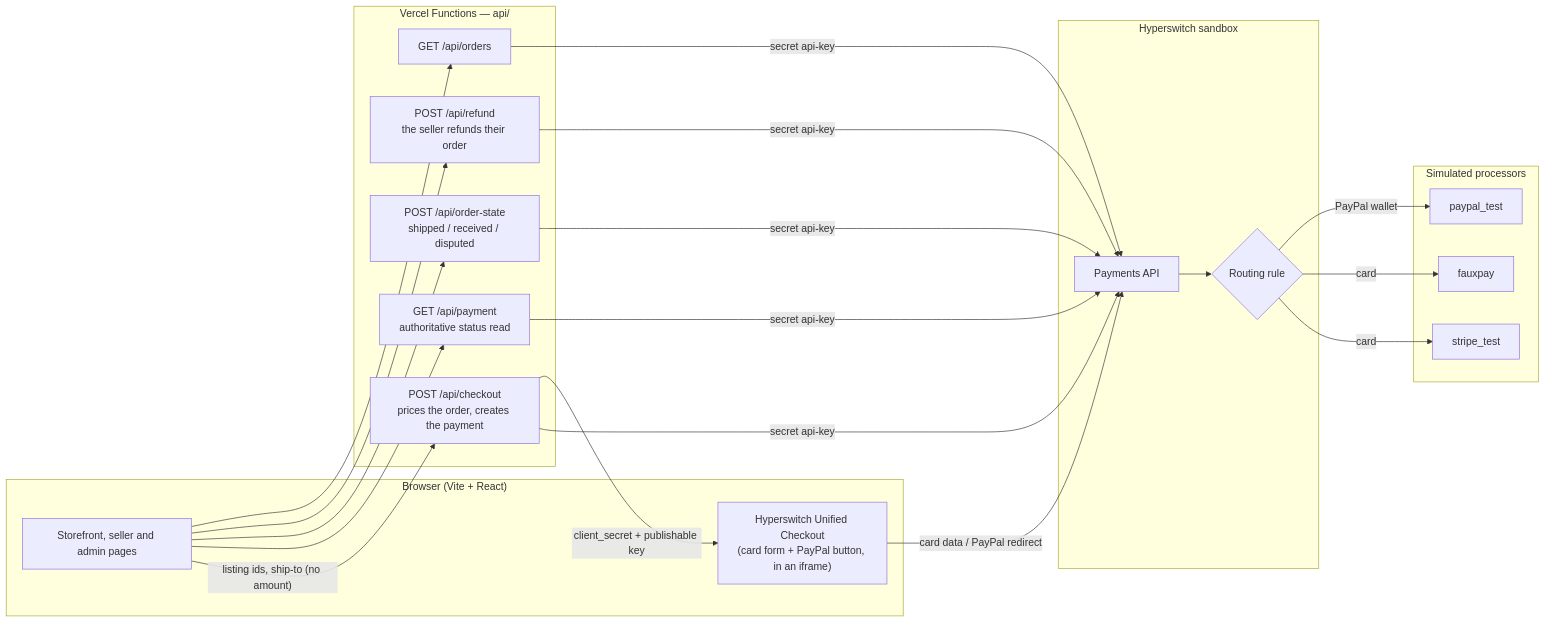
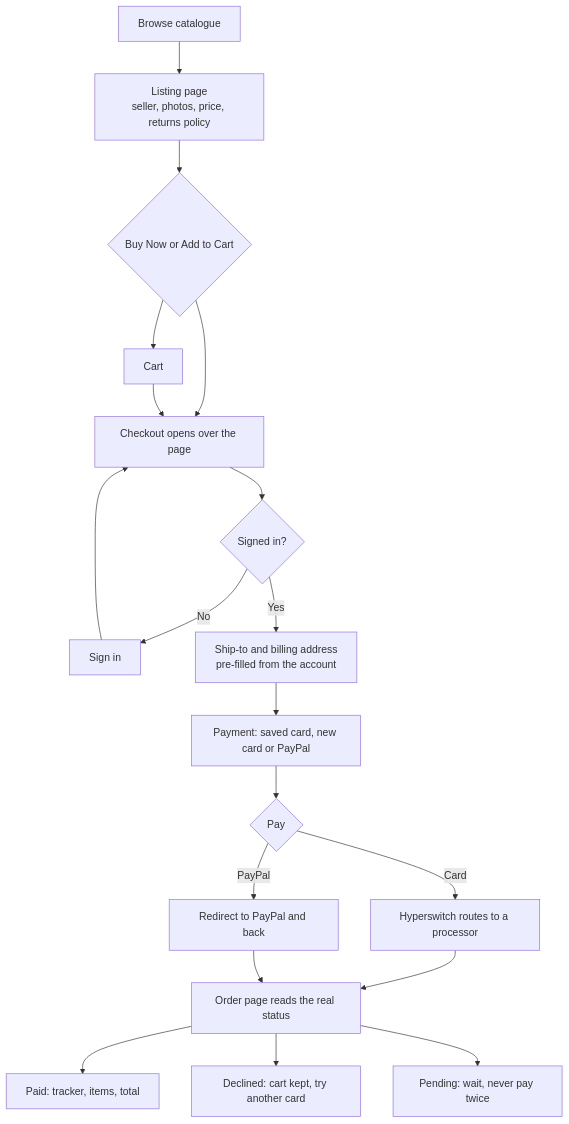
Before and after one commit to jamespotash0/juspay-prototype: the second of 8 diagrams in README.md, drawn with Mermaid. The commit also changed other lines of this file, not shown here.

Commit message:
README: product-first rewrite with flow diagrams, Hyperswitch setup and routing, outcomes, edge cases and out of scope

````diff
--- a/README.md
+++ b/README.md
@@ -63,36 +93,20 @@
 ```mermaid
-flowchart LR
-  subgraph Browser["Browser (Vite + React)"]
-    UI["Storefront, seller and admin pages"]
-    SDK["Hyperswitch Unified Checkout<br/>(card form + PayPal button, in an iframe)"]
-  end
-
-  subgraph Vercel["Vercel Functions — api/"]
-    CO["POST /api/checkout<br/>prices the order, creates the payment"]
-    PAY["GET /api/payment<br/>authoritative status read"]
-    OS["POST /api/order-state<br/>shipped / received / disputed"]
-    REF["POST /api/refund<br/>the seller refunds their order"]
-    ORD["GET /api/orders"]
-  end
-
-  subgraph HS["Hyperswitch sandbox"]
-    API["Payments API"]
-    RT{"Routing rule"}
-  end
-
-  subgraph Proc["Simulated processors"]
-    ST["stripe_test"]
-    FP["fauxpay"]
-    PP["paypal_test"]
-  end
-
-  UI -- "listing ids, ship-to (no amount)" --> CO
-  CO -- "secret api-key" --> API
-  CO -- "client_secret + publishable key" --> SDK
-  SDK -- "card data / PayPal redirect" --> API
-  UI --> PAY & OS & REF & ORD
-  PAY & OS & REF & ORD -- "secret api-key" --> API
-  API --> RT
-  RT -- "card" --> ST & FP
-  RT -- "PayPal wallet" --> PP
+flowchart TD
+  A["Browse catalogue"] --> B["Listing page<br/>seller, photos, price, returns policy"]
+  B --> C{"Buy Now or Add to Cart"}
+  C --> D["Cart"]
+  C --> E
+  D --> E["Checkout opens over the page"]
+  E --> S{"Signed in?"}
+  S -- "No" --> SI["Sign in"] --> E
+  S -- "Yes" --> F["Ship-to and billing address<br/>pre-filled from the account"]
+  F --> G["Payment: saved card, new card or PayPal"]
+  G --> P{"Pay"}
+  P -- "Card" --> R["Hyperswitch routes to a processor"]
+  P -- "PayPal" --> PP["Redirect to PayPal and back"]
+  R --> O["Order page reads the real status"]
+  PP --> O
+  O --> OK["Paid: tracker, items, total"]
+  O --> NO["Declined: cart kept, try another card"]
+  O --> WAIT["Pending: wait, never pay twice"]
 ```
````
